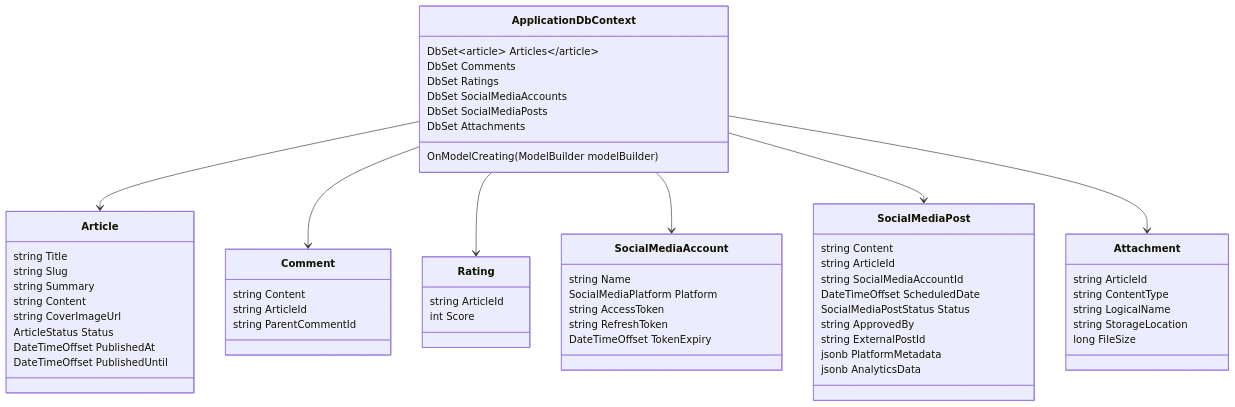
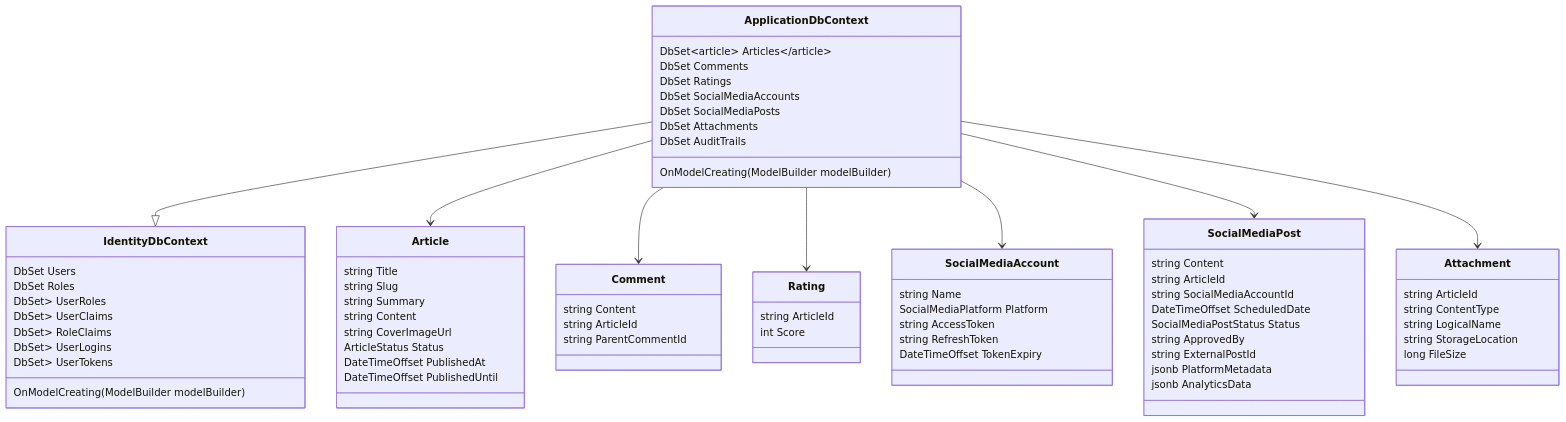
Before and after one commit to adrianhall/propulse-dotnet: the diagram in project/MVP/implementation-plan/03-database-context.md, drawn with Mermaid. The commit also changed other lines of this file and 2 other files, not shown here.

Commit message:
Updated the implementation plan to reflect usage of ProPulse.Common

````diff
--- a/project/MVP/implementation-plan/03-database-context.md
+++ b/project/MVP/implementation-plan/03-database-context.md
@@ -40,62 +43,74 @@
 ```mermaid
 classDiagram
+    class IdentityDbContext {
+        DbSet<IdentityUser> Users
+        DbSet<IdentityRole> Roles
+        DbSet<IdentityUserRole<string>> UserRoles
+        DbSet<IdentityUserClaim<string>> UserClaims
+        DbSet<IdentityRoleClaim<string>> RoleClaims
+        DbSet<IdentityUserLogin<string>> UserLogins
+        DbSet<IdentityUserToken<string>> UserTokens
+        OnModelCreating(ModelBuilder modelBuilder)
+    }
     class ApplicationDbContext {
         DbSet<Article> Articles
         DbSet<Comment> Comments
         DbSet<Rating> Ratings
         DbSet<SocialMediaAccount> SocialMediaAccounts
         DbSet<SocialMediaPost> SocialMediaPosts
         DbSet<Attachment> Attachments
+        DbSet<AuditTrail> AuditTrails
         OnModelCreating(ModelBuilder modelBuilder)
     }
+    ApplicationDbContext --|> IdentityDbContext
     class Article {
         string Title
         string Slug
         string Summary
         string Content
         string CoverImageUrl
         ArticleStatus Status
         DateTimeOffset PublishedAt
         DateTimeOffset PublishedUntil
     }
     class Comment {
         string Content
         string ArticleId
         string ParentCommentId
     }
     class Rating {
         string ArticleId
         int Score
     }
     class SocialMediaAccount {
         string Name
         SocialMediaPlatform Platform
         string AccessToken
         string RefreshToken
         DateTimeOffset TokenExpiry
     }
     class SocialMediaPost {
         string Content
         string ArticleId
         string SocialMediaAccountId
         DateTimeOffset ScheduledDate
         SocialMediaPostStatus Status
         string ApprovedBy
         string ExternalPostId
         jsonb PlatformMetadata
         jsonb AnalyticsData
     }
     class Attachment {
         string ArticleId
         string ContentType
         string LogicalName
         string StorageLocation
         long FileSize
     }
     ApplicationDbContext --> Article
     ApplicationDbContext --> Comment
     ApplicationDbContext --> Rating
     ApplicationDbContext --> SocialMediaAccount
     ApplicationDbContext --> SocialMediaPost
     ApplicationDbContext --> Attachment
 ```
````
